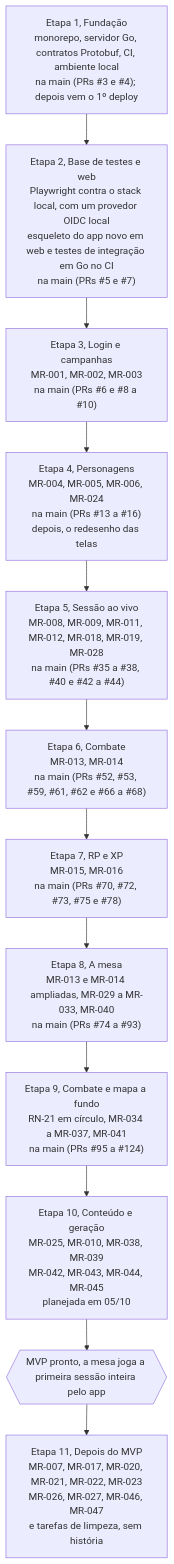
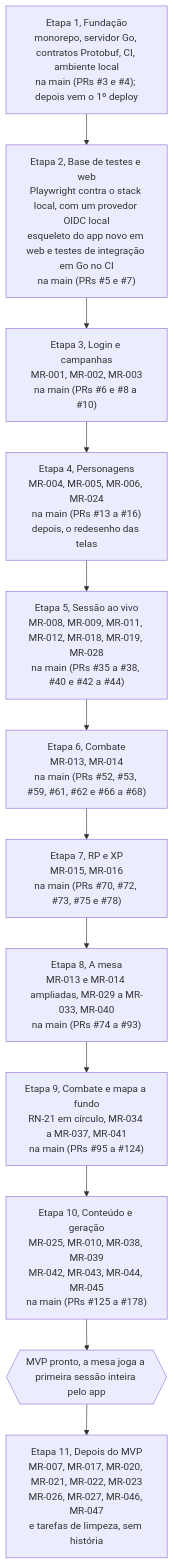
One commit to PuraFome/meuRPG changed the diagram in docs/roadmap.md. Above: the diagram before and after it, drawn with Mermaid. The commit also changed other lines of this file and 6 other files, not shown here.

First line of the commit message:
docs: close Etapa 10 in the roadmap, the README and the stories

````diff
--- a/docs/roadmap.md
+++ b/docs/roadmap.md
@@ -5,17 +5,17 @@
 ```mermaid
 flowchart TD
     E1["Etapa 1, Fundação<br/>monorepo, servidor Go, contratos Protobuf, CI, ambiente local<br/>na main (PRs #3 e #4); depois vem o 1º deploy"]
     E2["Etapa 2, Base de testes e web<br/>Playwright contra o stack local, com um provedor OIDC local<br/>esqueleto do app novo em web e testes de integração em Go no CI<br/>na main (PRs #5 e #7)"]
     E3["Etapa 3, Login e campanhas<br/>MR-001, MR-002, MR-003<br/>na main (PRs #6 e #8 a #10)"]
     E4["Etapa 4, Personagens<br/>MR-004, MR-005, MR-006, MR-024<br/>na main (PRs #13 a #16)<br/>depois, o redesenho das telas"]
     E5["Etapa 5, Sessão ao vivo<br/>MR-008, MR-009, MR-011, MR-012, MR-018, MR-019, MR-028<br/>na main (PRs #35 a #38, #40 e #42 a #44)"]
     E6["Etapa 6, Combate<br/>MR-013, MR-014<br/>na main (PRs #52, #53, #59, #61, #62 e #66 a #68)"]
     E7["Etapa 7, RP e XP<br/>MR-015, MR-016<br/>na main (PRs #70, #72, #73, #75 e #78)"]
     E8["Etapa 8, A mesa<br/>MR-013 e MR-014 ampliadas, MR-029 a MR-033, MR-040<br/>na main (PRs #74 a #93)"]
     E9["Etapa 9, Combate e mapa a fundo<br/>RN-21 em círculo, MR-034 a MR-037, MR-041<br/>na main (PRs #95 a #124)"]
-    E10["Etapa 10, Conteúdo e geração<br/>MR-025, MR-010, MR-038, MR-039<br/>MR-042, MR-043, MR-044, MR-045<br/>planejada em 05/10"]
+    E10["Etapa 10, Conteúdo e geração<br/>MR-025, MR-010, MR-038, MR-039<br/>MR-042, MR-043, MR-044, MR-045<br/>na main (PRs #125 a #178)"]
     MVP{{"MVP pronto, a mesa joga a primeira sessão inteira pelo app"}}
     E11["Etapa 11, Depois do MVP<br/>MR-007, MR-017, MR-020, MR-021, MR-022, MR-023<br/>MR-026, MR-027, MR-046, MR-047<br/>e tarefas de limpeza, sem história"]
 
     E1 --> E2 --> E3 --> E4 --> E5 --> E6 --> E7 --> E8 --> E9 --> E10 --> MVP --> E11
 ```
````
